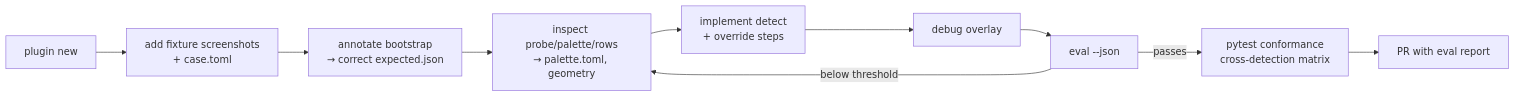
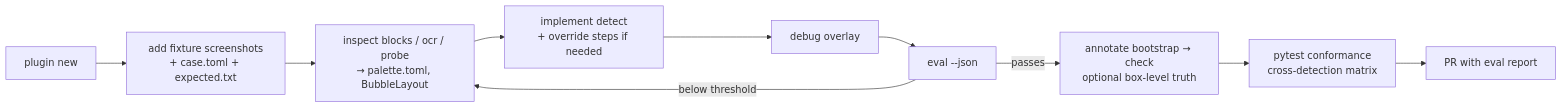
One commit to YuvalZilber/ChatsOCR changed the third of 3 diagrams in docs/high-level-design.md. Above: the diagram before and after it, drawn with Mermaid. The commit also changed other lines of this file and 2 other files, not shown here.

````diff
--- a/docs/high-level-design.md
+++ b/docs/high-level-design.md
@@ -941,12 +1334,12 @@
 ```mermaid
 flowchart LR
-  A[plugin new] --> B[add fixture screenshots<br/>+ case.toml]
-  B --> C[annotate bootstrap<br/>→ correct expected.json]
-  C --> D[inspect probe/palette/rows<br/>→ palette.toml, geometry]
-  D --> E[implement detect<br/>+ override steps]
-  E --> F[debug overlay]
-  F --> G[eval --json]
-  G -- below threshold --> D
-  G -- passes --> H[pytest conformance<br/>cross-detection matrix]
+  A[plugin new] --> B[add fixture screenshots<br/>+ case.toml + expected.txt]
+  B --> C[inspect blocks / ocr / probe<br/>→ palette.toml, BubbleLayout]
+  C --> D[implement detect<br/>+ override steps if needed]
+  D --> E[debug overlay]
+  E --> F[eval --json]
+  F -- below threshold --> C
+  F -- passes --> G[annotate bootstrap → check<br/>optional box-level truth]
+  G --> H[pytest conformance<br/>cross-detection matrix]
   H --> I[PR with eval report]
 ```
````
